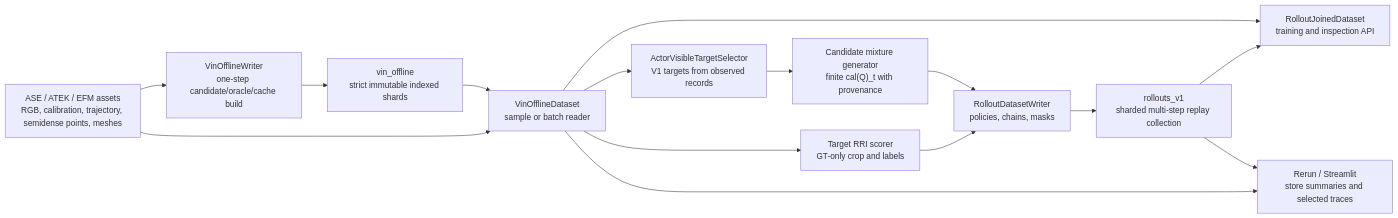
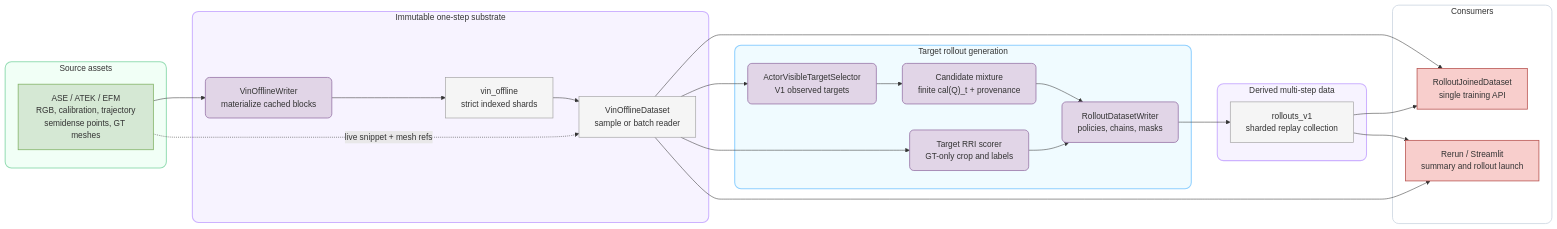
Before and after one commit to JanDuchscherer104/ARIA-NBV: the first of 4 diagrams in aria_nbv/aria_nbv/data_handling/README.md, drawn with Mermaid. The commit also changed other lines of this file and 85 other files, not shown here.

First line of the commit message:
refactor: simplify rollout replay store

````diff
--- a/aria_nbv/aria_nbv/data_handling/README.md
+++ b/aria_nbv/aria_nbv/data_handling/README.md
@@ -46,27 +45,54 @@
 ```mermaid
 flowchart LR
-  Raw["ASE / ATEK / EFM assets<br/>RGB, calibration, trajectory, semidense points, meshes"]
-  VinWriter["VinOfflineWriter<br/>one-step candidate/oracle/cache build"]
-  VinStore["vin_offline<br/>strict immutable indexed shards"]
-  VinDataset["VinOfflineDataset<br/>sample or batch reader"]
-  TargetSel["ActorVisibleTargetSelector<br/>V1 targets from observed records"]
-  CandidateGen["Candidate mixture generator<br/>finite cal(Q)_t with provenance"]
-  Oracle["Target RRI scorer<br/>GT-only crop and labels"]
-  RolloutWriter["RolloutDatasetWriter<br/>policies, chains, masks"]
-  RolloutStore["rollouts_v1<br/>sharded multi-step replay collection"]
-  Joined["RolloutJoinedDataset<br/>training and inspection API"]
-  Inspect["Rerun / Streamlit<br/>store summaries and selected traces"]
+  subgraph Source["Source assets"]
+    Raw["ASE / ATEK / EFM<br/>RGB, calibration, trajectory<br/>semidense points, GT meshes"]
+  end
 
-  Raw --> VinWriter --> VinStore
-  VinStore --> VinDataset
-  Raw --> VinDataset
-  VinDataset --> TargetSel --> CandidateGen
-  VinDataset --> Oracle
-  CandidateGen --> RolloutWriter
-  Oracle --> RolloutWriter
+  subgraph OneStep["Immutable one-step substrate"]
+    VinWriter["VinOfflineWriter<br/>materialize cached blocks"]
+    VinStore["vin_offline<br/>strict indexed shards"]
+    VinDataset["VinOfflineDataset<br/>sample or batch reader"]
+  end
+
+  subgraph Generation["Target rollout generation"]
+    TargetSel["ActorVisibleTargetSelector<br/>V1 observed targets"]
+    CandidateGen["Candidate mixture<br/>finite cal(Q)_t + provenance"]
+    Oracle["Target RRI scorer<br/>GT-only crop and labels"]
+    RolloutWriter["RolloutDatasetWriter<br/>policies, chains, masks"]
+  end
+
+  subgraph Derived["Derived multi-step data"]
+    RolloutStore["rollouts_v1<br/>sharded replay collection"]
+  end
+
+  subgraph Consumers["Consumers"]
+    Joined["RolloutJoinedDataset<br/>single training API"]
+    Inspect["Rerun / Streamlit<br/>summary and rollout launch"]
+  end
+
+  Raw --> VinWriter --> VinStore --> VinDataset
+  Raw -. "live snippet + mesh refs" .-> VinDataset
+  VinDataset --> TargetSel --> CandidateGen --> RolloutWriter
+  VinDataset --> Oracle --> RolloutWriter
   RolloutWriter --> RolloutStore
   VinDataset --> Joined
   RolloutStore --> Joined
   RolloutStore --> Inspect
   VinDataset --> Inspect
+
+  classDef input fill:#D5E8D4,stroke:#82B366,stroke-width:1.5px,rx:0,ry:0;
+  classDef output fill:#F8CECC,stroke:#B85450,stroke-width:1.5px,rx:0,ry:0;
+  classDef compute fill:#E1D5E7,stroke:#9673A6,stroke-width:1.5px,rx:8,ry:8;
+  classDef data fill:#F5F5F5,stroke:#9E9E9E,stroke-width:1.2px,rx:0,ry:0;
+
+  class Raw input;
+  class VinWriter,TargetSel,CandidateGen,Oracle,RolloutWriter compute;
+  class VinStore,VinDataset,RolloutStore data;
+  class Joined,Inspect output;
+
+  style Source fill:#f1fff6,stroke:#97ddb5,stroke-width:2px,rx:12,ry:12
+  style OneStep fill:#f7f3ff,stroke:#cdb2ff,stroke-width:2px,rx:12,ry:12
+  style Generation fill:#f0fbff,stroke:#8fd0ff,stroke-width:2px,rx:12,ry:12
+  style Derived fill:#f7f3ff,stroke:#cdb2ff,stroke-width:2px,rx:12,ry:12
+  style Consumers fill:#ffffff,stroke:#cbd5e1,stroke-width:1.5px,rx:12,ry:12
 ```
````
